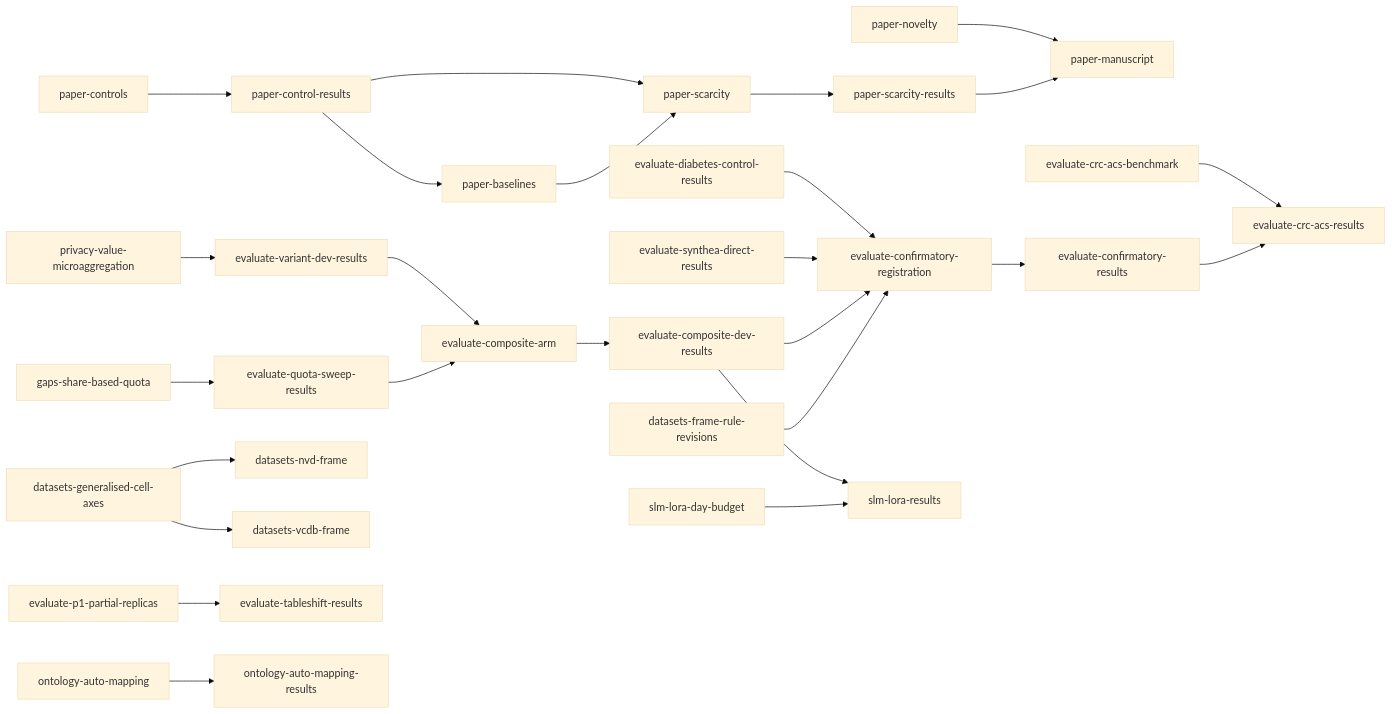
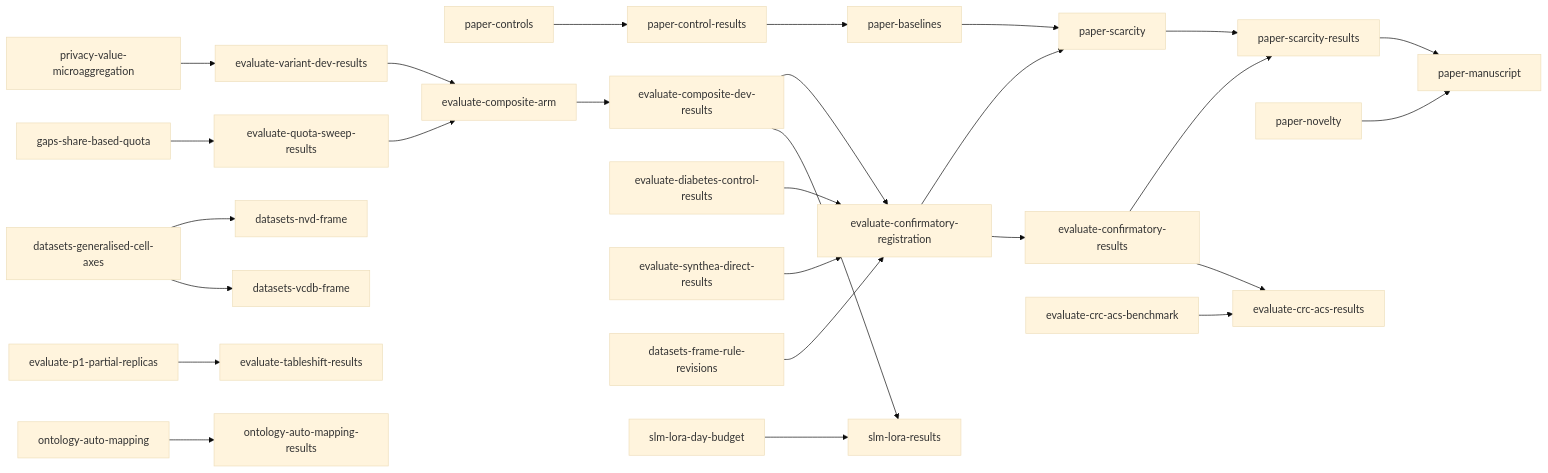
One commit to joe-dartmouth/synthetic changed the diagram in tasks/direct-index.md. Above: the diagram before and after it, drawn with Mermaid (base theme). The commit also changed other lines of this file and 7 other files, not shown here.

````diff
--- a/tasks/direct-index.md
+++ b/tasks/direct-index.md
@@ -84,28 +84,29 @@
 ```mermaid
 flowchart LR
     p1[paper-controls] --> p2[paper-control-results]
     p2[paper-control-results] --> p3[paper-baselines]
-    p2[paper-control-results] --> p4[paper-scarcity]
+    u30[evaluate-confirmatory-registration] --> p4[paper-scarcity]
+    u31[evaluate-confirmatory-results] --> p5[paper-scarcity-results]
     p3[paper-baselines] --> p4[paper-scarcity]
     p4[paper-scarcity] --> p5[paper-scarcity-results]
     p0[paper-novelty] --> p6[paper-manuscript]
     p5[paper-scarcity-results] --> p6[paper-manuscript]
     u16[privacy-value-microaggregation] --> u19[evaluate-variant-dev-results]
     u20[gaps-share-based-quota] --> u21[evaluate-quota-sweep-results]
     u50[datasets-generalised-cell-axes] --> u52[datasets-nvd-frame]
     u50 --> u53[datasets-vcdb-frame]
     u19 --> u28[evaluate-composite-arm]
     u21 --> u28
     u28 --> u29[evaluate-composite-dev-results]
     u7[evaluate-diabetes-control-results] --> u30[evaluate-confirmatory-registration]
     u8[evaluate-synthea-direct-results] --> u30
     u29 --> u30
     u56[datasets-frame-rule-revisions] --> u30
     u30 --> u31[evaluate-confirmatory-results]
     u54[evaluate-p1-partial-replicas] --> u55[evaluate-tableshift-results]
     u41[evaluate-crc-acs-benchmark] --> u42[evaluate-crc-acs-results]
     u31 --> u42
     u32[ontology-auto-mapping] --> u33[ontology-auto-mapping-results]
     u29 --> u36[slm-lora-results]
     u51[slm-lora-day-budget] --> u36
 ```
````
